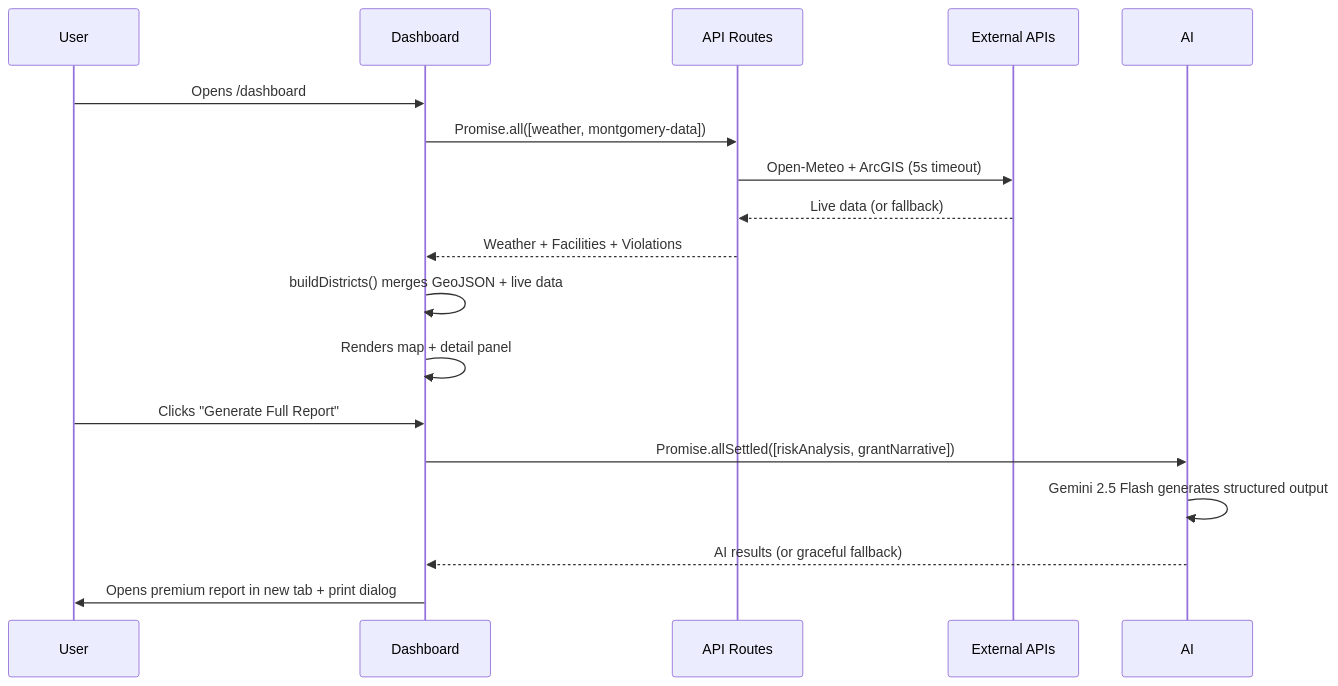
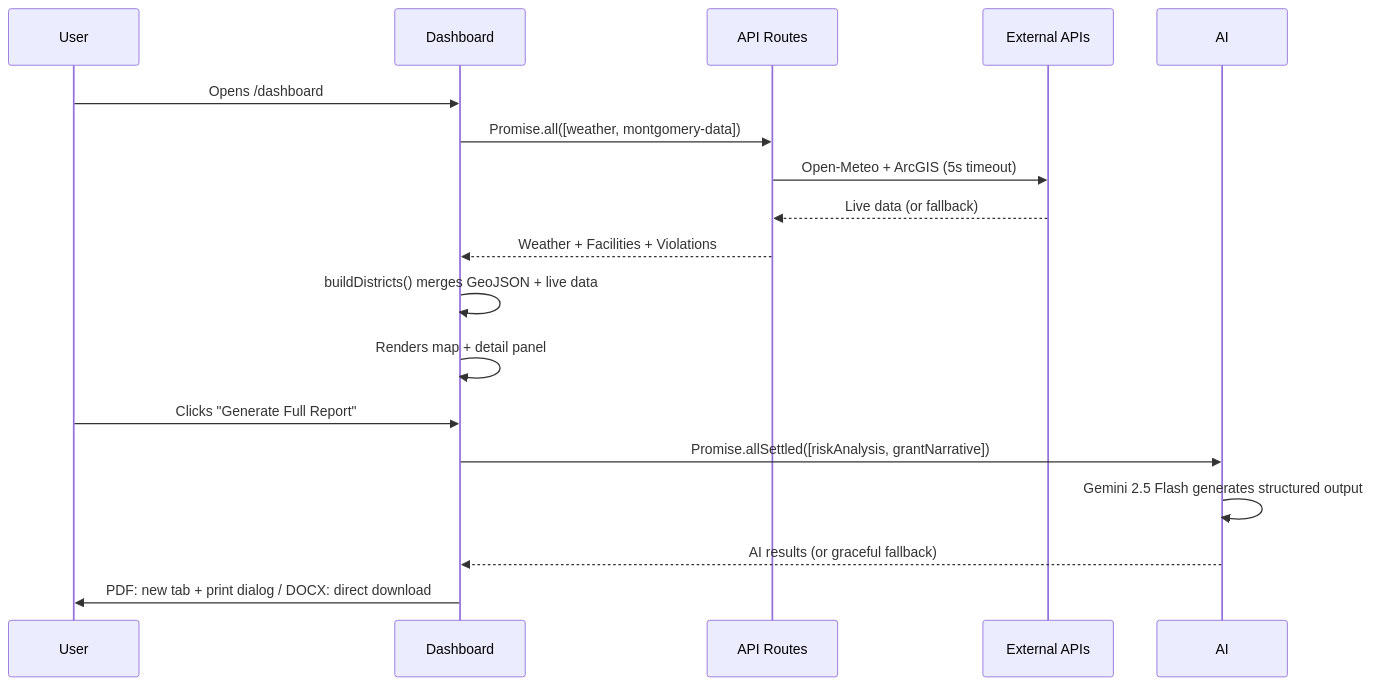
Before and after one commit to soneeee22000/HeatDebt.dev: the second of 3 diagrams in README.md, drawn with Mermaid. The commit also changed other lines of this file, not shown here.

Commit message:
docs: update README with dual-format reports, 5-section structure, docx-report

````diff
--- a/README.md
+++ b/README.md
@@ -94,22 +94,22 @@
 ```mermaid
 sequenceDiagram
     participant User
     participant Dashboard
     participant API Routes
     participant External APIs
     participant AI
 
     User->>Dashboard: Opens /dashboard
     Dashboard->>API Routes: Promise.all([weather, montgomery-data])
     API Routes->>External APIs: Open-Meteo + ArcGIS (5s timeout)
     External APIs-->>API Routes: Live data (or fallback)
     API Routes-->>Dashboard: Weather + Facilities + Violations
     Dashboard->>Dashboard: buildDistricts() merges GeoJSON + live data
     Dashboard->>Dashboard: Renders map + detail panel
 
     User->>Dashboard: Clicks "Generate Full Report"
     Dashboard->>AI: Promise.allSettled([riskAnalysis, grantNarrative])
     AI->>AI: Gemini 2.5 Flash generates structured output
     AI-->>Dashboard: AI results (or graceful fallback)
-    Dashboard->>User: Opens premium report in new tab + print dialog
+    Dashboard->>User: PDF: new tab + print dialog / DOCX: direct download
 ```
````
